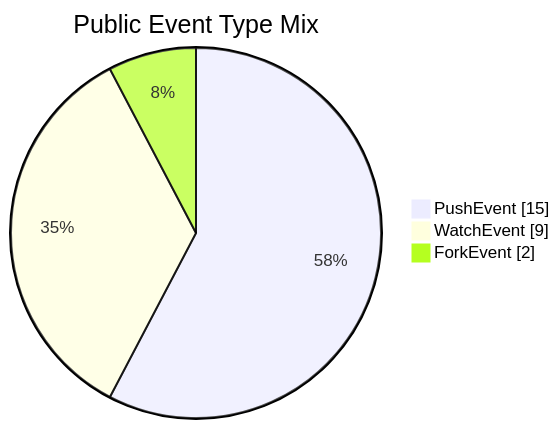
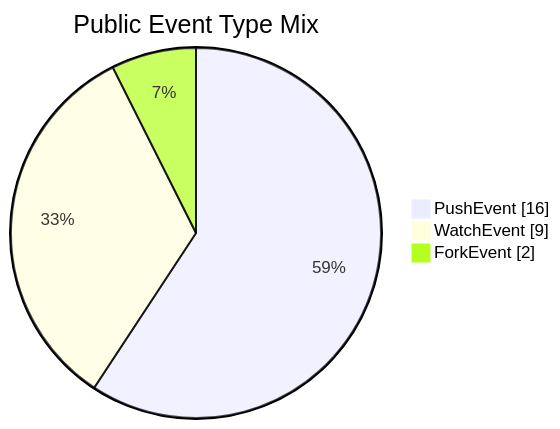
Before and after one commit to manhquydev/manhquydev: the second of 2 diagrams in README.md, drawn with Mermaid. The commit also changed other lines of this file and 4 other files, not shown here.

````diff
--- a/README.md
+++ b/README.md
@@ -182,7 +182,7 @@
 ```mermaid
 pie showData
   title Public Event Type Mix
-  "PushEvent" : 15
+  "PushEvent" : 16
   "WatchEvent" : 9
   "ForkEvent" : 2
 ```
````
